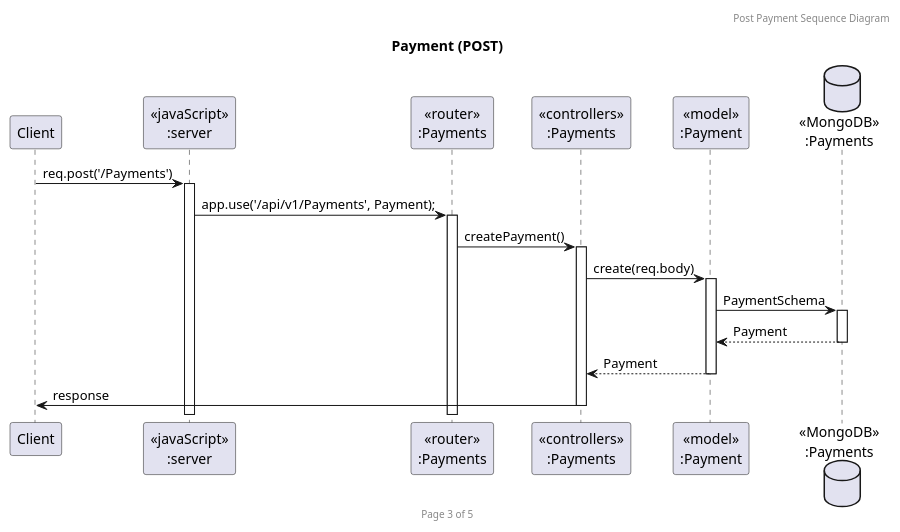
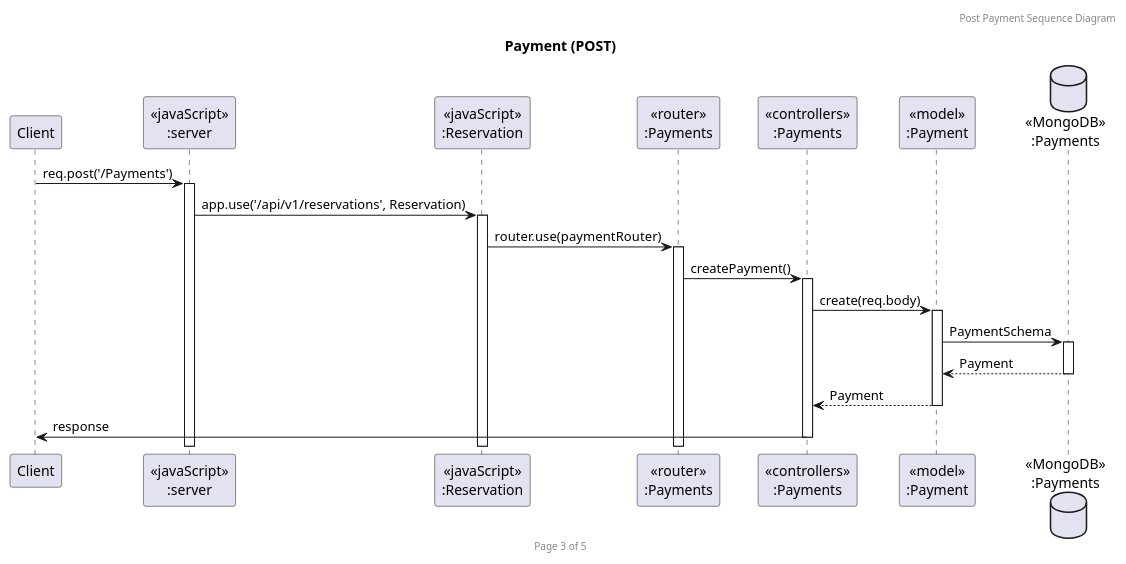
One commit to marshmeowllo/RestaurantReservation changed the diagram in Sequence Diagram/Payment/PaymentPost.puml. Above: the diagram before and after it, drawn with PlantUML.

Commit message:
Fix sequence diagram

```diff
--- a/Sequence Diagram/Payment/PaymentPost.puml
+++ b/Sequence Diagram/Payment/PaymentPost.puml
@@ -1,23 +1,25 @@
 @startuml Payment (POST)
 
 header Post Payment Sequence Diagram
 footer Page 3 of 5
 title "Payment (POST)"
 
 participant "Client" as client
 participant "<<javaScript>>\n:server" as server
+participant "<<javaScript>>\n:Reservation" as reservationsRouter
 participant "<<router>>\n:Payments" as routerPayments
 participant "<<controllers>>\n:Payments" as controllersPayments
 participant "<<model>>\n:Payment" as modelPayments
 database "<<MongoDB>>\n:Payments" as PaymentDatabase
 
 client->server ++:req.post('/Payments')
-server->routerPayments ++:app.use('/api/v1/Payments', Payment);
+server->reservationsRouter ++:app.use('/api/v1/reservations', Reservation)
+reservationsRouter -> routerPayments ++:router.use(paymentRouter)
 routerPayments -> controllersPayments ++:createPayment()
 controllersPayments->modelPayments ++:create(req.body)
 modelPayments ->PaymentDatabase ++: PaymentSchema
 PaymentDatabase --> modelPayments --: Payment
 controllersPayments <-- modelPayments --:Payment
 controllersPayments->client --:response
 
 @enduml
```
